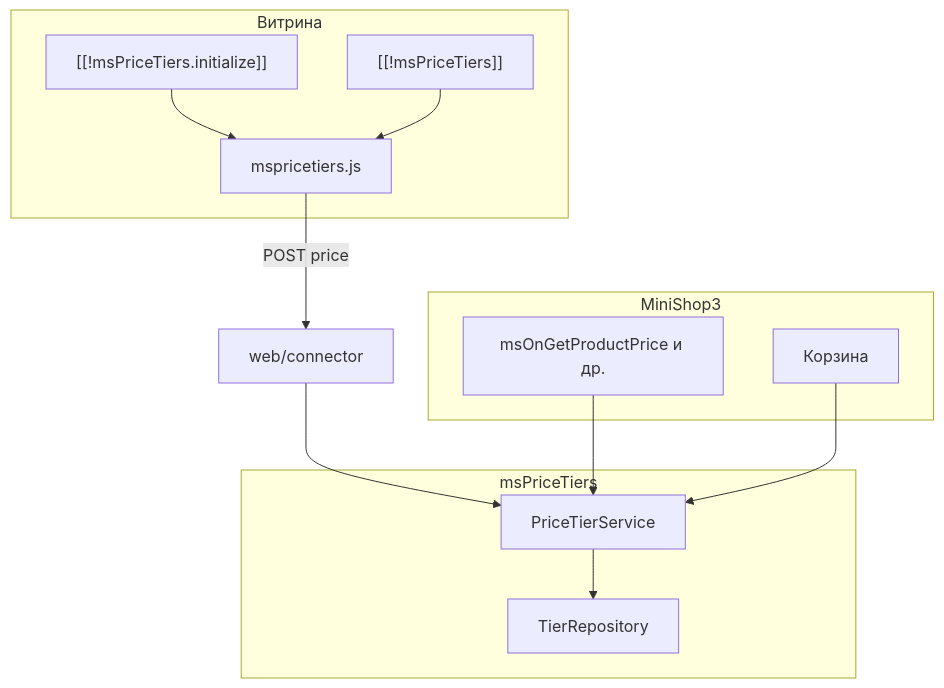
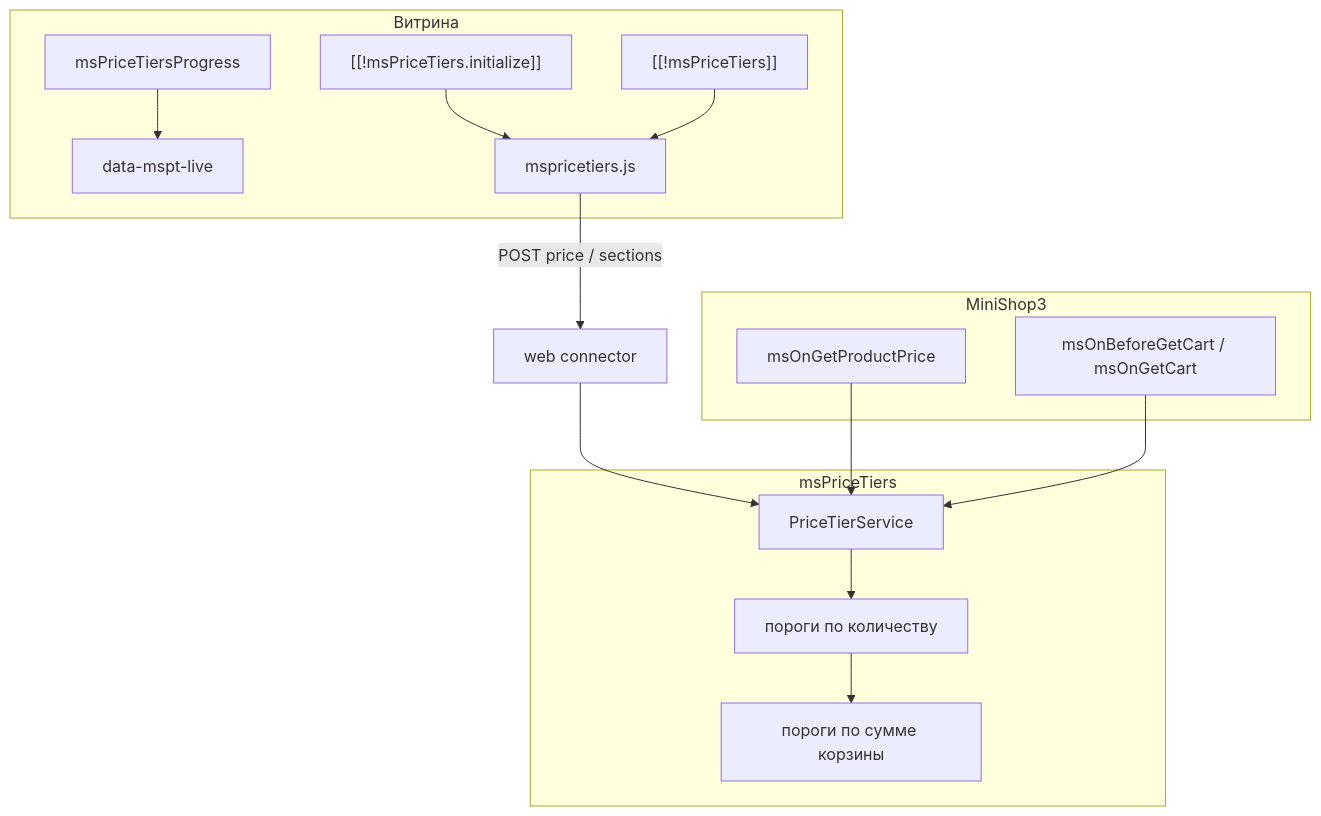
Before and after one commit to modx-pro/Docs: the diagram in docs/components/mspricetiers/index.md, drawn with Mermaid. The commit also changed other lines of this file and 14 other files, not shown here.

````diff
--- a/docs/components/mspricetiers/index.md
+++ b/docs/components/mspricetiers/index.md
@@ -133,23 +140,26 @@
 ```mermaid
 flowchart TB
   subgraph vitrina [Витрина]
     I["[[!msPriceTiers.initialize]]"]
     T["[[!msPriceTiers]]"]
-    JS[mspricetiers.js]
-    I --> JS
+    P[msPriceTiersProgress]
+    Live[data-mspt-live]
+    I --> JS[mspricetiers.js]
     T --> JS
+    P --> Live
   end
   subgraph ms3 [MiniShop3]
-    E[msOnGetProductPrice и др.]
-    C[Корзина]
+    E[msOnGetProductPrice]
+    C[msOnBeforeGetCart / msOnGetCart]
   end
   subgraph core [msPriceTiers]
     S[PriceTierService]
-    R[TierRepository]
-    S --> R
+    Qty[пороги по количеству]
+    Sum[пороги по сумме корзины]
+    S --> Qty --> Sum
   end
-  JS -->|POST price| W[web/connector]
+  JS -->|POST price / sections| W[web connector]
   W --> S
   E --> S
   C --> S
 ```
````
